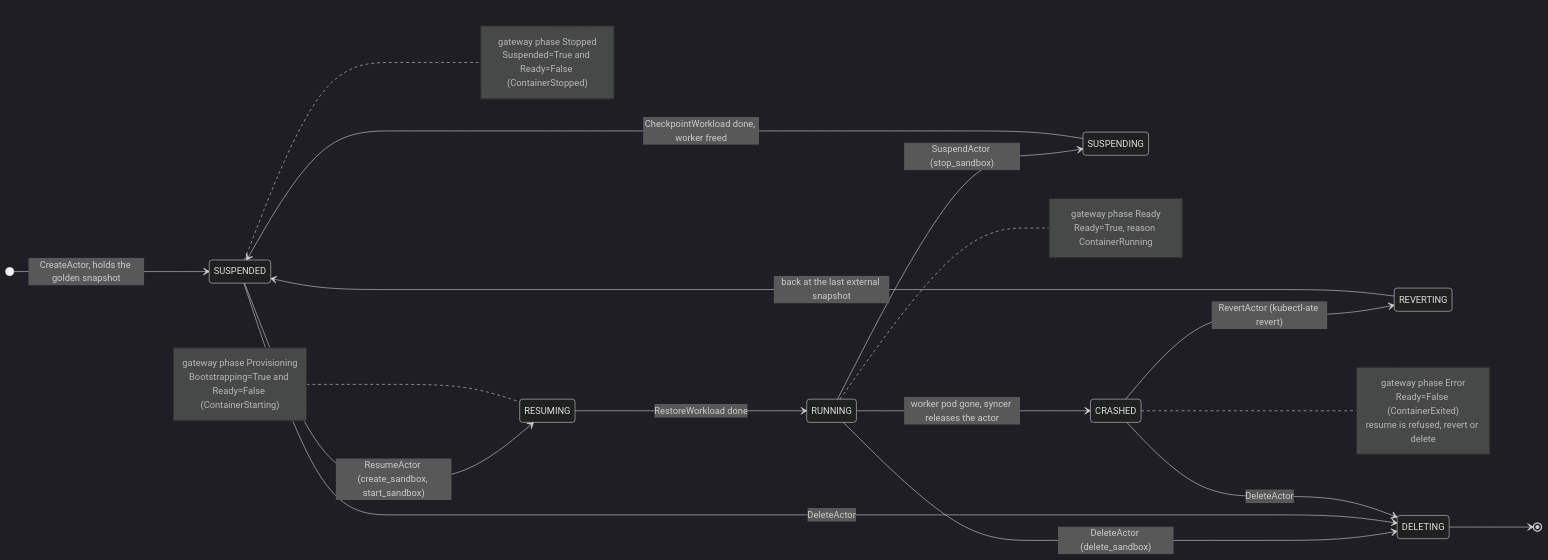
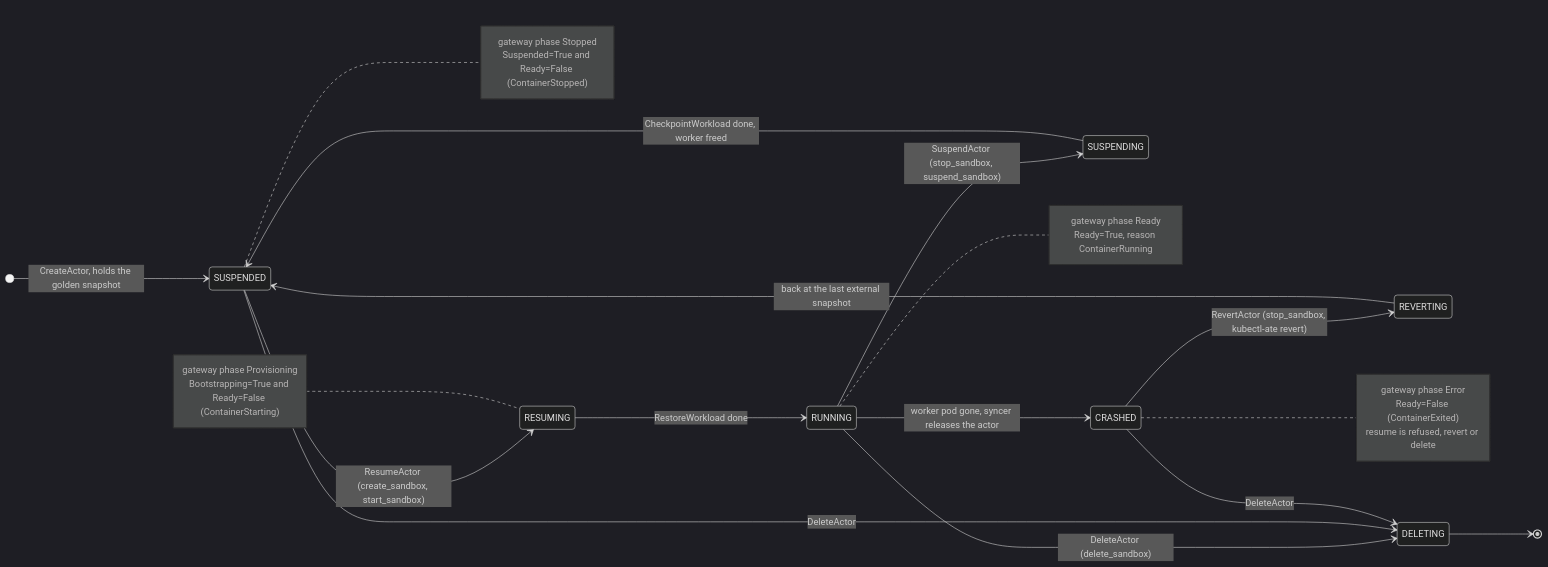
One commit to dims/openshell-driver-substrate changed the third of 8 diagrams in docs/architecture.md. Above: the diagram before and after it, drawn with Mermaid (dark theme). The commit also changed other lines of this file and 2 other files, not shown here.

````diff
--- a/docs/architecture.md
+++ b/docs/architecture.md
@@ -302,34 +330,34 @@
 ```mermaid
 stateDiagram-v2
   direction LR
   [*] --> SUSPENDED: CreateActor, holds the golden snapshot
   SUSPENDED --> RESUMING: ResumeActor (create_sandbox, start_sandbox)
   RESUMING --> RUNNING: RestoreWorkload done
-  RUNNING --> SUSPENDING: SuspendActor (stop_sandbox)
+  RUNNING --> SUSPENDING: SuspendActor (stop_sandbox, suspend_sandbox)
   SUSPENDING --> SUSPENDED: CheckpointWorkload done, worker freed
   RUNNING --> CRASHED: worker pod gone, syncer releases the actor
-  CRASHED --> REVERTING: RevertActor (kubectl-ate revert)
+  CRASHED --> REVERTING: RevertActor (stop_sandbox, kubectl-ate revert)
   REVERTING --> SUSPENDED: back at the last external snapshot
   RUNNING --> DELETING: DeleteActor (delete_sandbox)
   SUSPENDED --> DELETING: DeleteActor
   CRASHED --> DELETING: DeleteActor
   DELETING --> [*]
 
   note right of RUNNING
     gateway phase Ready
     Ready=True, reason ContainerRunning
   end note
   note right of SUSPENDED
     gateway phase Stopped
     Suspended=True and Ready=False (ContainerStopped)
   end note
   note left of RESUMING
     gateway phase Provisioning
     Bootstrapping=True and Ready=False (ContainerStarting)
   end note
   note right of CRASHED
     gateway phase Error
     Ready=False (ContainerExited)
     resume is refused, revert or delete
   end note
 ```
````
